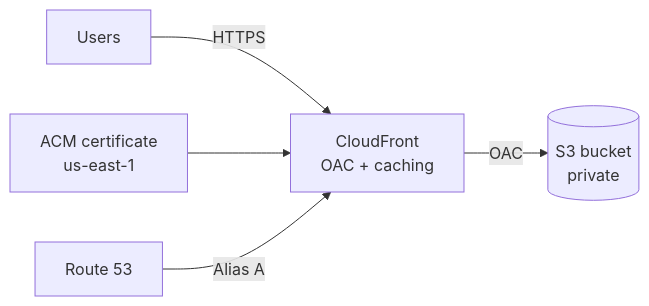
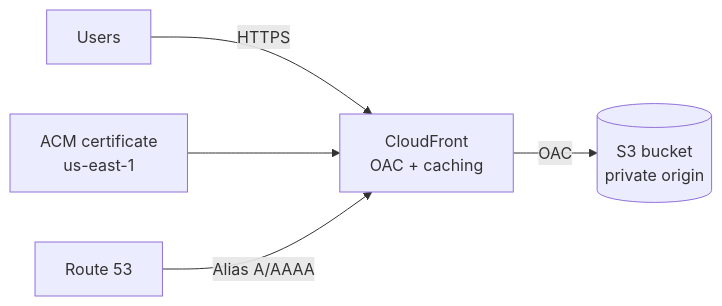
The diagram in README.md (Cann65/aws-secure-static-website-terraform), drawn with Mermaid before and after one commit. The commit also changed other lines of this file, not shown here.

````diff
--- a/README.md
+++ b/README.md
@@ -29,7 +56,7 @@
 ```mermaid
 flowchart LR
     U[Users] -->|HTTPS| CF[CloudFront<br/>OAC + caching]
-    CF -->|OAC| S3[(S3 bucket<br/>private)]
+    CF -->|OAC| S3[(S3 bucket<br/>private origin)]
     ACM[ACM certificate<br/>us-east-1] --> CF
-    R53[Route 53] -->|Alias A| CF
+    R53[Route 53] -->|Alias A/AAAA| CF
 ```
````
